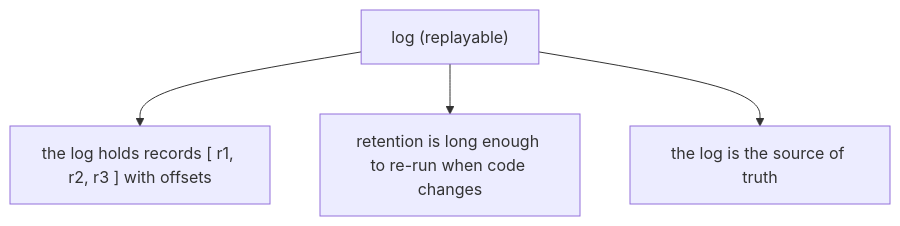
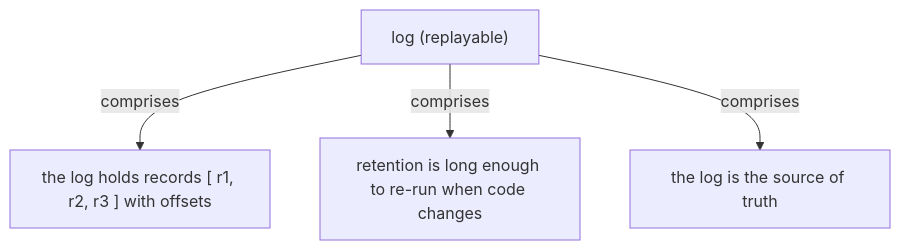
One commit to vinayakuber/streaming-systems-study-guide changed the fourth of 19 diagrams in docs/ch10-the-evolution-of-large-scale-data-processing.md. Above: the diagram before and after it, drawn with Mermaid. The commit also changed other lines of this file and 22 other files, not shown here.

First line of the commit message:
R18: label every diagram arrow with its meaning

````diff
--- a/docs/ch10-the-evolution-of-large-scale-data-processing.md
+++ b/docs/ch10-the-evolution-of-large-scale-data-processing.md
@@ -143,7 +143,7 @@
 ```mermaid
 flowchart TD
   R["log (replayable)"]
-  R --> P0["the log holds records [ r1, r2, r3 ] with offsets"]
-  R --> P1["retention is long enough to re-run when code changes"]
-  R --> P2["the log is the source of truth"]
+  R -->|"comprises"| P0["the log holds records [ r1, r2, r3 ] with offsets"]
+  R -->|"comprises"| P1["retention is long enough to re-run when code changes"]
+  R -->|"comprises"| P2["the log is the source of truth"]
 ```
````
